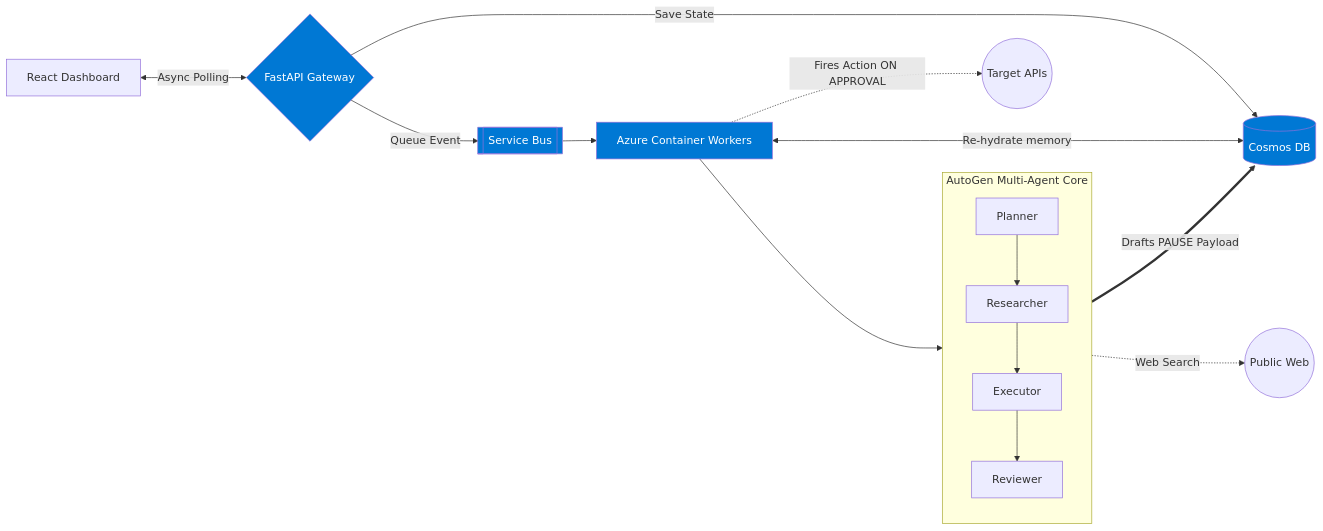
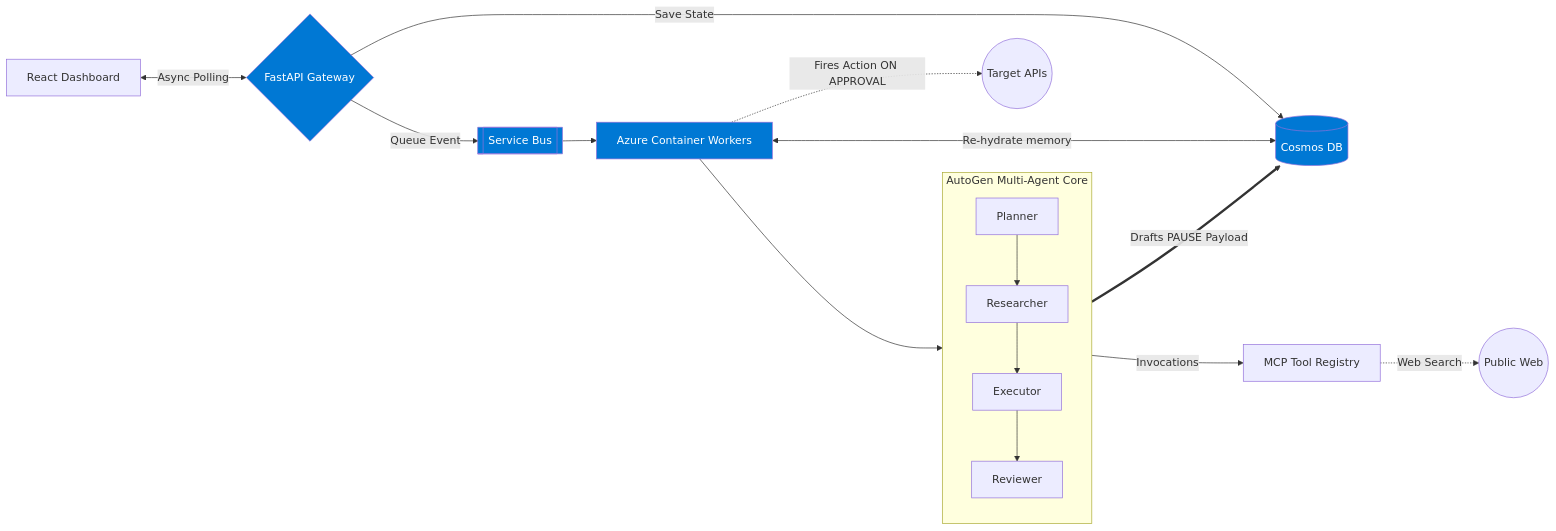
The second of 2 diagrams in pptx22.md (SakuDaku05/OrchtrAI), drawn with Mermaid before and after one commit. The commit also changed other lines of this file and 1 other file, not shown here.

Commit message:
docs: Update architecture presentation slides with MCP details

````diff
--- a/pptx22.md
+++ b/pptx22.md
@@ -78,26 +82,29 @@
 ```mermaid
 flowchart LR
     A[React Dashboard] <-->|Async Polling| B{FastAPI Gateway}
     
     B -->|Save State| C[(Cosmos DB)]
     B -->|Queue Event| D[[Service Bus]]
     
     D --> E[Azure Container Workers]
     E <-->|Re-hydrate memory| C
     
     subgraph Swarm ["AutoGen Multi-Agent Core"]
         P[Planner] --> R[Researcher]
         R --> X[Executor]
         X --> V[Reviewer]
     end
     E --> Swarm
     
-    Swarm -.->|Web Search| Web((Public Web))
+    MCPRegistry[MCP Tool Registry]
+    Swarm -->|Invocations| MCPRegistry
+    
+    MCPRegistry -.->|Web Search| Web((Public Web))
     Swarm ==>|Drafts PAUSE Payload| C
     E -.->|Fires Action ON APPROVAL| F((Target APIs))
     
     style B fill:#0078D4,color:#fff
     style C fill:#0078D4,color:#fff
     style D fill:#0078D4,color:#fff
     style E fill:#0078D4,color:#fff
 ```
````
